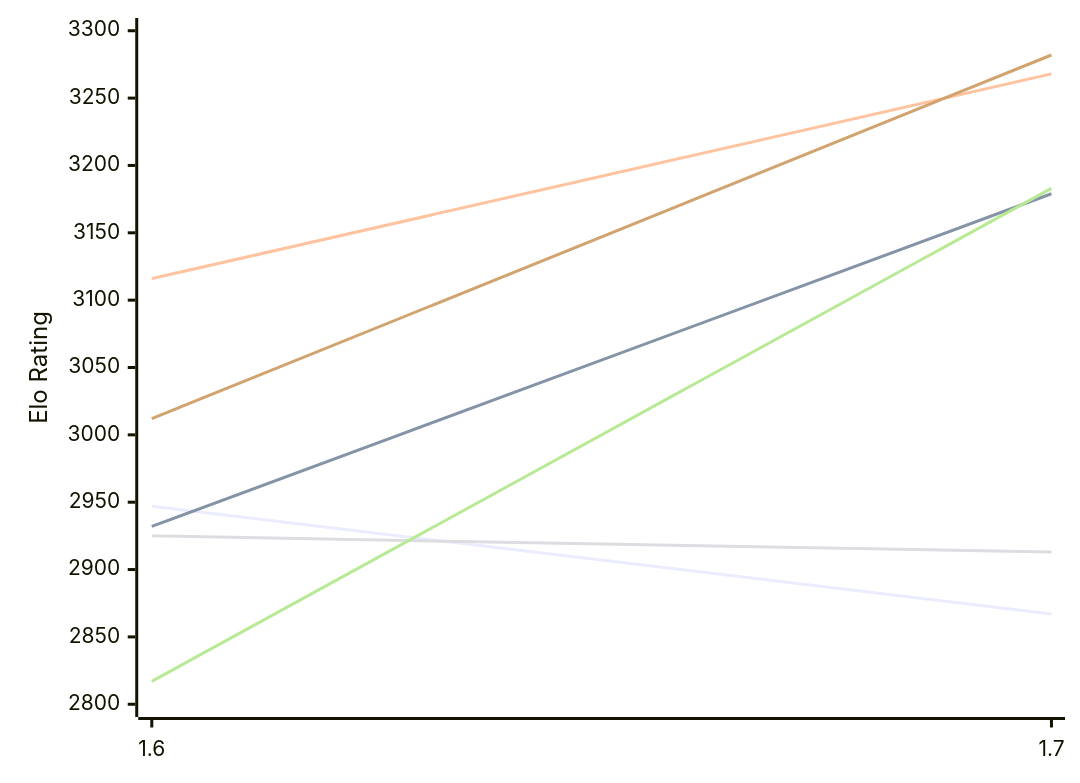
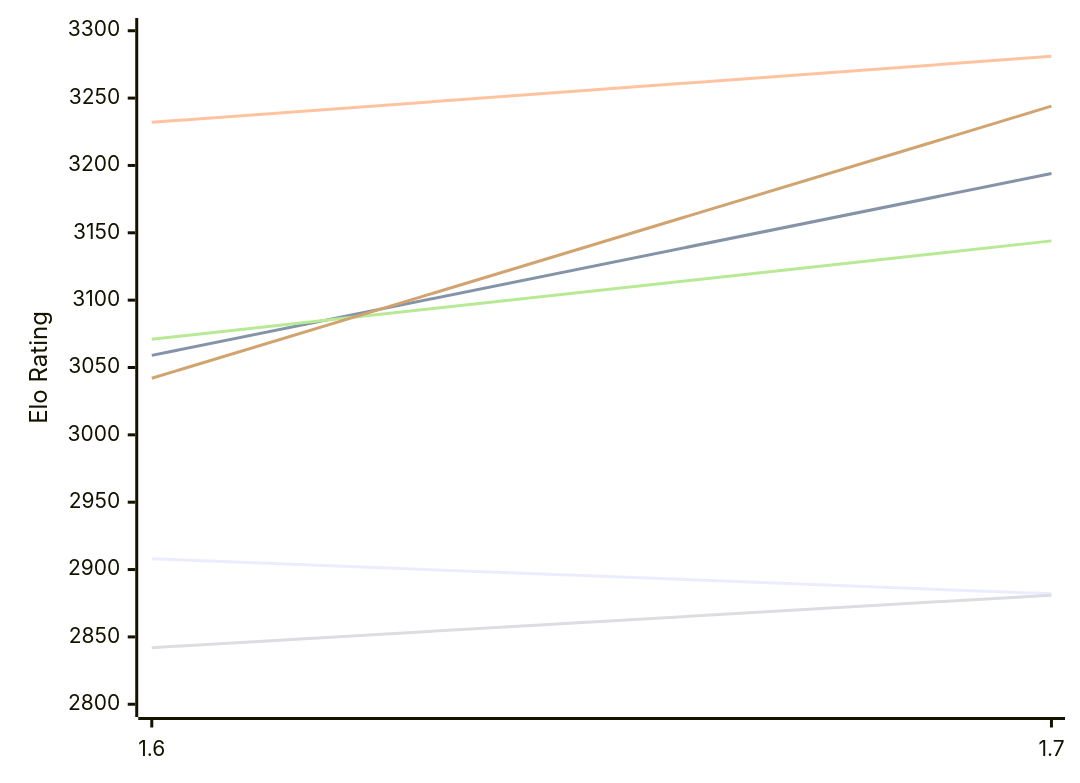
Before and after one commit to computer-chess-index/cci: the first of 2 diagrams in engines/Bitbit.md, drawn with Mermaid. The commit also changed other lines of this file, not shown here.

Commit message:
Update CCI Ratings (ELO VLTC) - 2026-11-14

````diff
--- a/engines/Bitbit.md
+++ b/engines/Bitbit.md
@@ -50,12 +50,12 @@
 ```mermaid
 %%{init: {"theme":"base","themeVariables":{"seriesColors:['#a3a3a3','#222221','#faa371']}}}%%
 xychart-beta
   x-axis ["1.6", "1.7"]
   y-axis "Elo Rating" 2800 --> 3300
-  line "E1: STC (8.0+0.08s)" [2947, 2867]
-  line "E1: LTC (60.0+0.60s)" [2932, 3179]
-  line "E1: VLTC (2m24s+1.12s)" [3116, 3268]
-  line "P1: STC (8.0+0.08s)" [2925, 2913]
-  line "P1: LTC (60.0+0.60s)" [2817, 3183]
-  line "P1: VLTC (2m24s+1.12s)" [3012, 3282]
+  line "E1: STC (8.0+0.08s)" [2908, 2882]
+  line "E1: LTC (60.0+0.60s)" [3059, 3194]
+  line "E1: VLTC (2m24s+1.12s)" [3232, 3281]
+  line "P1: STC (8.0+0.08s)" [2842, 2881]
+  line "P1: LTC (60.0+0.60s)" [3071, 3144]
+  line "P1: VLTC (2m24s+1.12s)" [3042, 3244]
 ```
````
